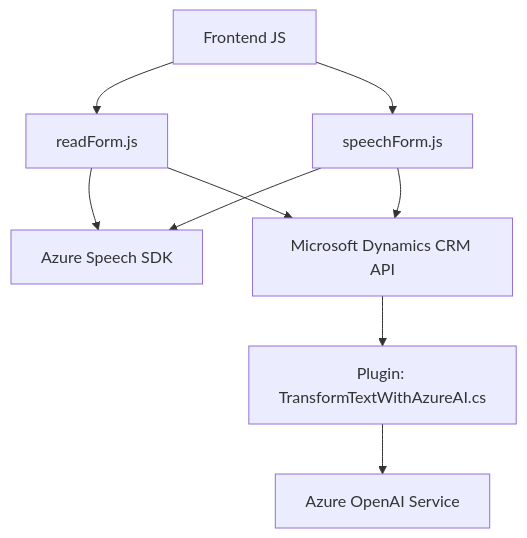
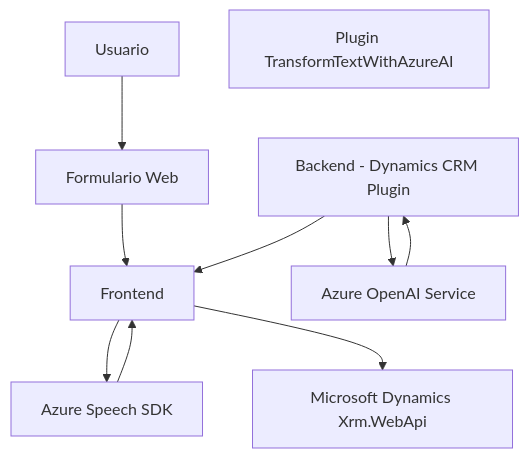
Before and after one commit to blopezdm/NETCORE_BILBAO2025: the diagram in README.md, drawn with Mermaid. The commit also changed other lines of this file, not shown here.

````diff
--- a/README.md
+++ b/README.md
@@ -36,11 +34,20 @@
 ```mermaid
 graph TD
-    A["Frontend JS"] --> B["readForm.js"]
-    A --> C["speechForm.js"]
-    B --> D["Azure Speech SDK"]
-    C --> D
-    C --> E["Microsoft Dynamics CRM API"]
-    B --> E
-    E --> F["Plugin: TransformTextWithAzureAI.cs"]
-    F --> G["Azure OpenAI Service"]
+    A["Frontend"]
+    B["Backend - Dynamics CRM Plugin"]
+    C["Azure Speech SDK"]
+    D["Azure OpenAI Service"]
+    E["Microsoft Dynamics Xrm.WebApi"]
+    F["Formulario Web"]
+    G["Usuario"]
+    H["Plugin TransformTextWithAzureAI"]
+    
+    G --> F
+    F --> A
+    A --> C
+    A --> E
+    B --> A
+    B --> D
+    C --> A
+    D --> B
 ```
````
